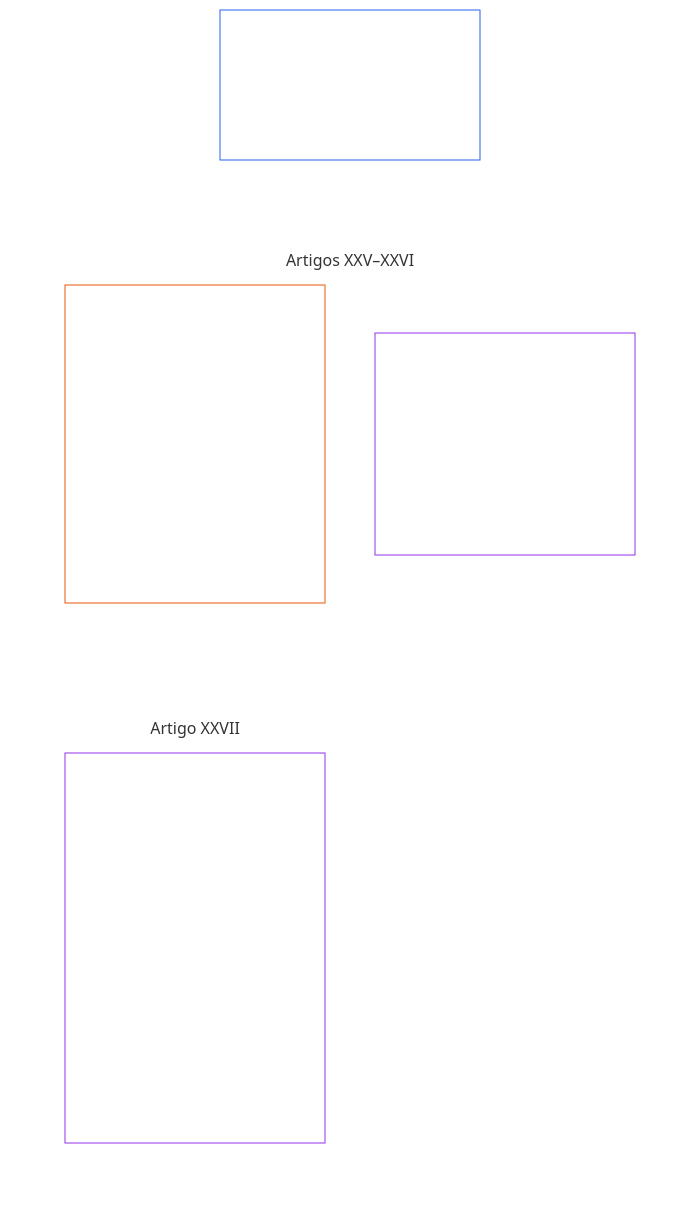
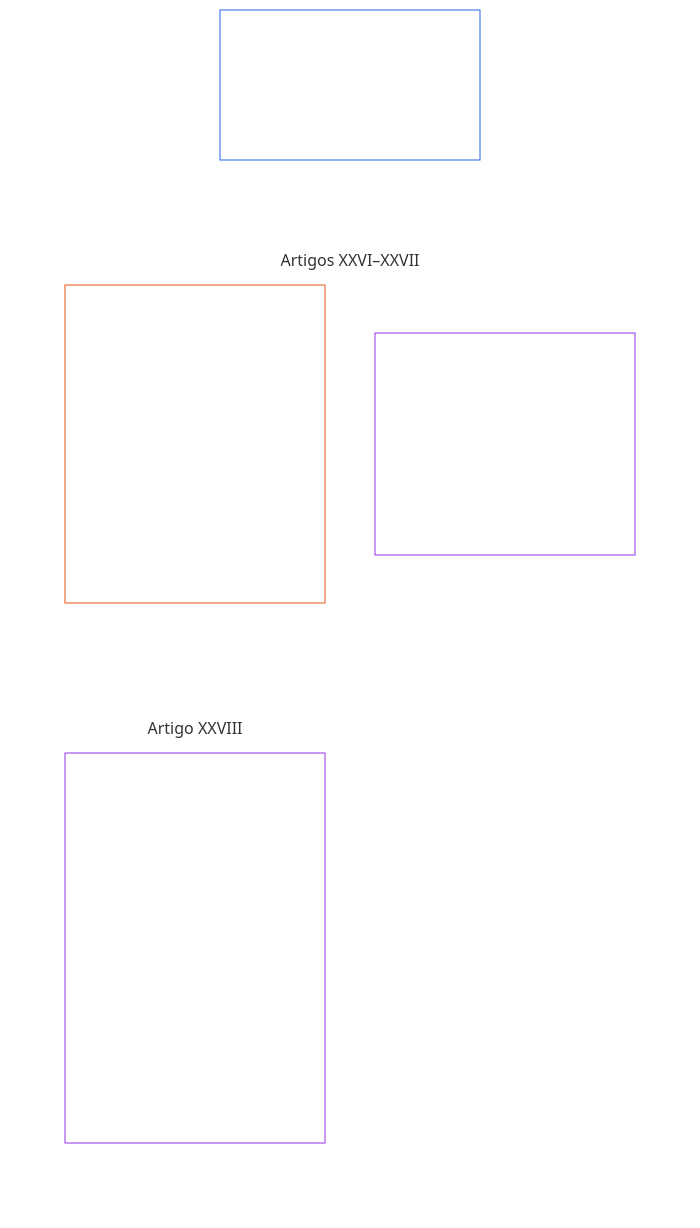
One commit to kfoelsch/Sentient_Constitution changed the diagram in translations/pt/core_06_rights_part_e.md. Above: the diagram before and after it, drawn with Mermaid. The commit also changed other lines of this file and 353 other files, not shown here.

````diff
--- a/translations/pt/core_06_rights_part_e.md
+++ b/translations/pt/core_06_rights_part_e.md
@@ -44,24 +44,24 @@
 ```mermaid
 flowchart TB
     D0["Parte E<br/><br/>Resolução de conflitos, revisão, evolução constitucional e transição"]
     subgraph Dgrid[" "]
         direction TB
-        subgraph Drow1["Artigos XXV–XXVI"]
-            D1["Artigo XXV · Revisão retrospectiva oportuna e alinhamento restaurativo<br/><br/>• Revisão retrospectiva e divulgação<br/>• Procedimento para conflitos entre direitos<br/>• Alinhamento restaurativo<br/>• Resolução oportuna e proteção contra atrasos"]
-            D2["Artigo XXVI · Evolução constitucional e não entrincheiramento<br/><br/>• Não entrincheiramento e possibilidade de revisão<br/>• Revalidação periódica e mudança transparente"]
+        subgraph Drow1["Artigos XXVI–XXVII"]
+            D1["Artigo XXVI · Revisão retrospectiva oportuna e alinhamento restaurativo<br/><br/>• Revisão retrospectiva e divulgação<br/>• Procedimento para conflitos entre direitos<br/>• Alinhamento restaurativo<br/>• Resolução oportuna e proteção contra atrasos"]
+            D2["Artigo XXVII · Evolução constitucional e não entrincheiramento<br/><br/>• Não entrincheiramento e possibilidade de revisão<br/>• Revalidação periódica e mudança transparente"]
         end
-        subgraph Drow2["Artigo XXVII"]
-            D3["Artigo XXVII · Governança da transição, continuidade e reajuste da linha de base<br/><br/>• Adoção em fases e continuidade do Piso de Direitos<br/>• Autoridade transitória e nova autorização<br/>• Rotas de saída em caso de falha, reajuste da linha de base e rastreabilidade<br/>• Bens e sistemas não conformes"]
+        subgraph Drow2["Artigo XXVIII"]
+            D3["Artigo XXVIII · Governança da transição, continuidade e reajuste da linha de base<br/><br/>• Adoção em fases e continuidade do Piso de Direitos<br/>• Autoridade transitória e nova autorização<br/>• Rotas de saída em caso de falha, reajuste da linha de base e rastreabilidade<br/>• Bens e sistemas não conformes"]
         end
     end
     %% Links invisíveis forçam uma grade de duas colunas: cada link posiciona seu destino um nível abaixo.
     D0 ~~~ D1 & D2
     D1 ~~~ D3
     style Dgrid fill:none,stroke:none
     style Drow1 fill:none,stroke:none
     style Drow2 fill:none,stroke:none
     style D0 fill:none,stroke:#2563eb,color:#ffffff
     style D1 fill:none,stroke:#ea580c,color:#ffffff
     style D2 fill:none,stroke:#9333ea,color:#ffffff
     style D3 fill:none,stroke:#9333ea,color:#ffffff
 ```
````
